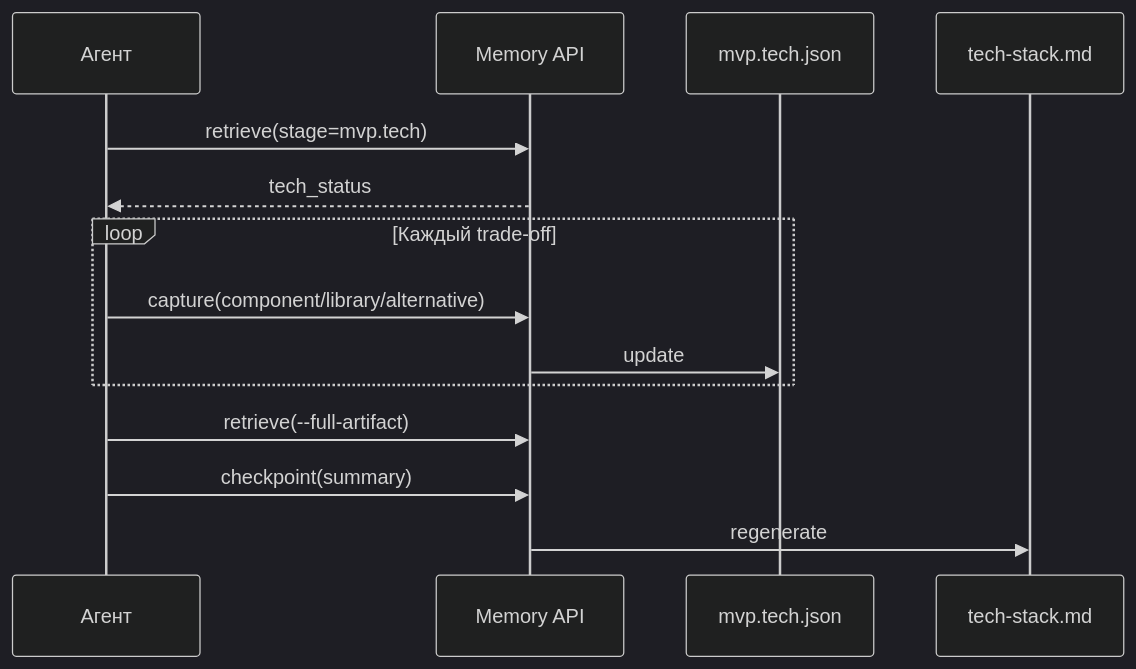
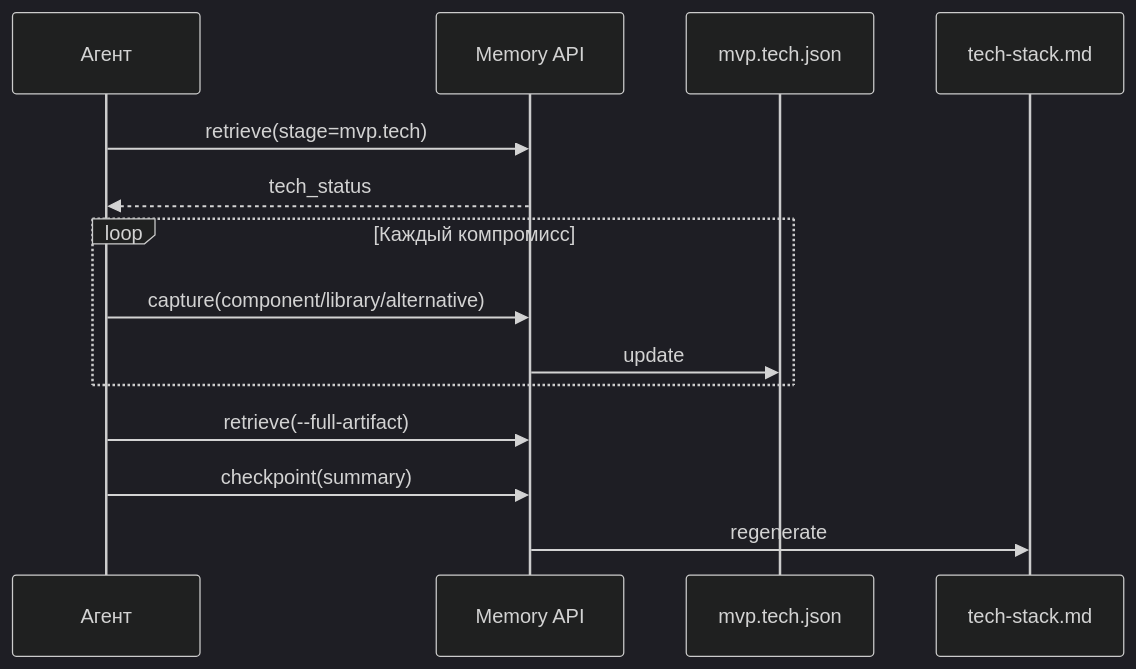
One commit to MADTeacher/MADSpec changed the second of 4 diagrams in docs/mvp/madspec.mvp.tech.md. Above: the diagram before and after it, drawn with Mermaid (dark theme). The commit also changed other lines of this file and 19 other files, not shown here.

````diff
--- a/docs/mvp/madspec.mvp.tech.md
+++ b/docs/mvp/madspec.mvp.tech.md
@@ -105,17 +105,17 @@
 ```mermaid
 sequenceDiagram
     participant A as Агент
     participant M as Memory API
     participant T as mvp.tech.json
     participant G as tech-stack.md
 
     A->>M: retrieve(stage=mvp.tech)
     M-->>A: tech_status
-    loop Каждый trade-off
+    loop Каждый компромисс
         A->>M: capture(component/library/alternative)
         M->>T: update
     end
     A->>M: retrieve(--full-artifact)
     A->>M: checkpoint(summary)
     M->>G: regenerate
 ```
````
